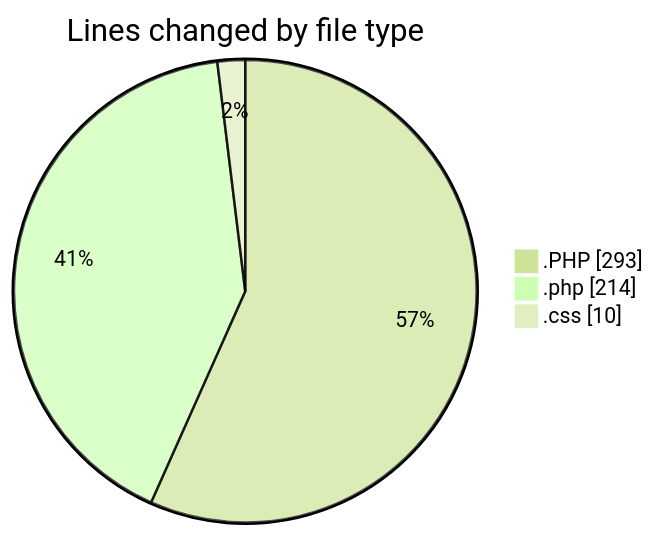
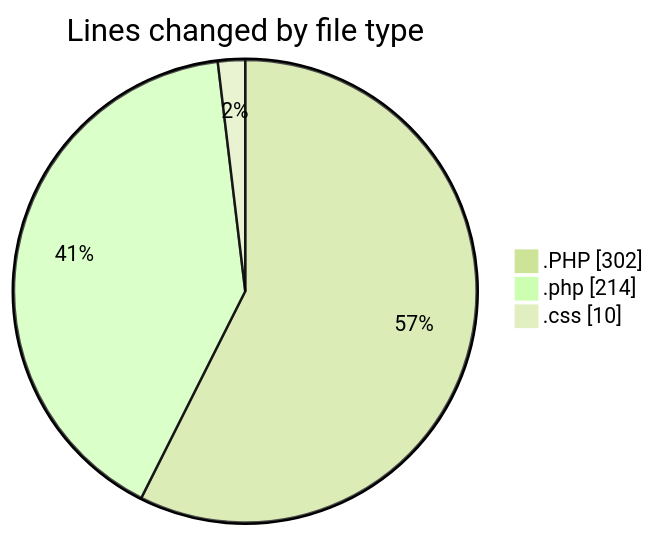
One commit to LanceThiago/code-tracking changed the first of 2 diagrams in 2025-05-15/jogo/README.md. Above: the diagram before and after it, drawn with Mermaid (forest theme). The commit also changed other lines of this file and 1 other file, not shown here.

````diff
--- a/2025-05-15/jogo/README.md
+++ b/2025-05-15/jogo/README.md
@@ -22,7 +22,7 @@
 ```mermaid
 pie showData
 title Lines changed by file type
-".PHP" : 293
+".PHP" : 302
 ".php" : 214
 ".css" : 10
 ```
````
